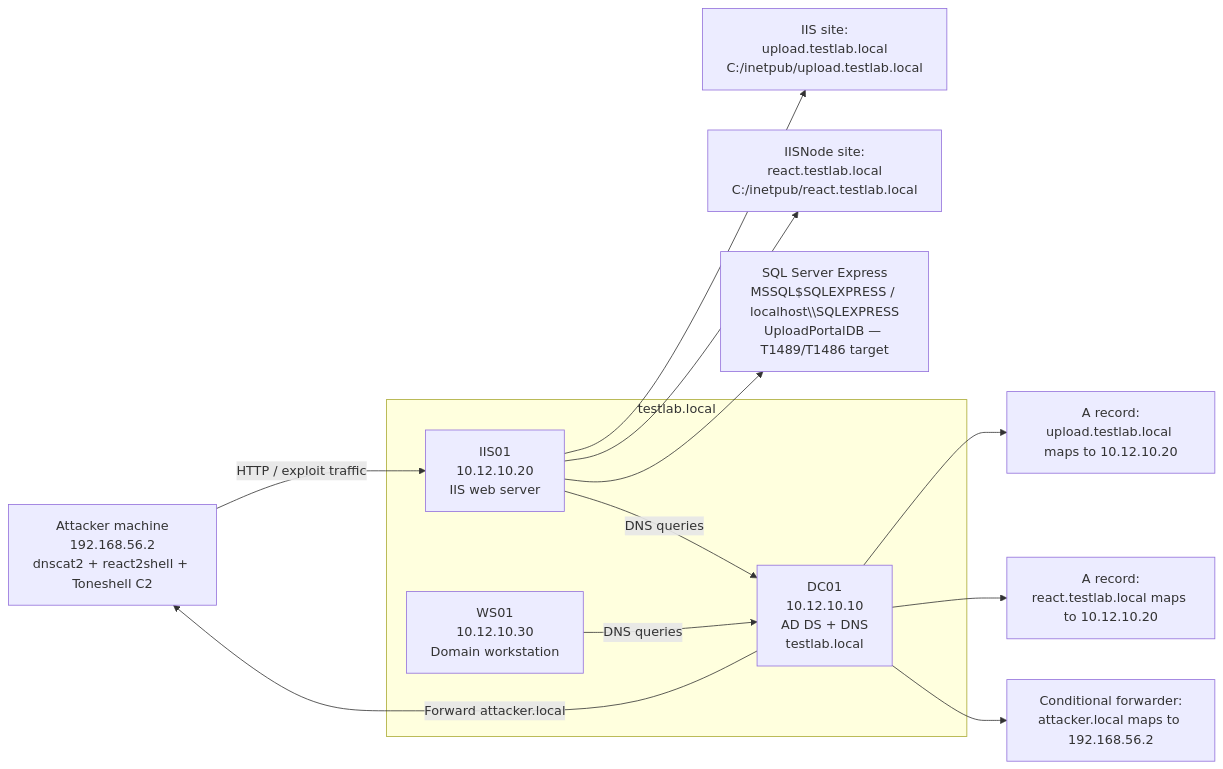
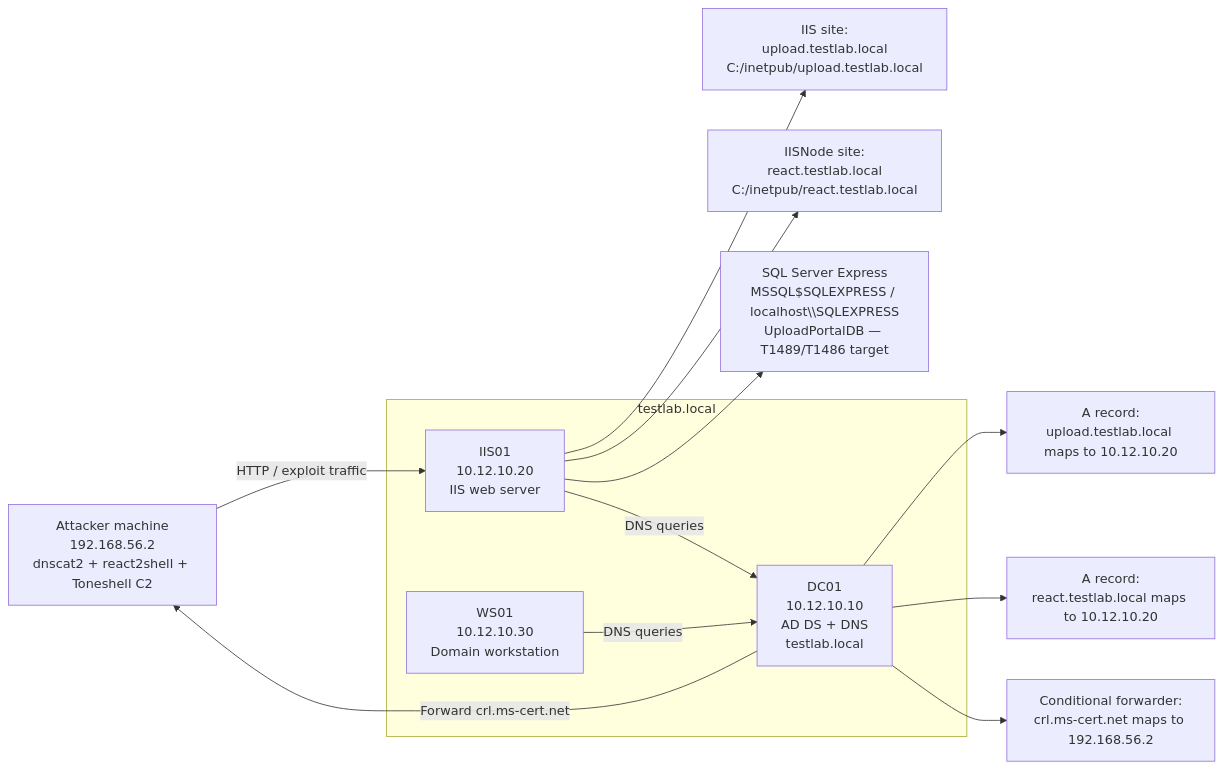
One commit to uetsymphonique/testlab-ael changed the first of 4 diagrams in testlab-enterprise/windows-adversary-plan/Emulation_Plan/summary.md. Above: the diagram before and after it, drawn with Mermaid. The commit also changed other lines of this file and 31 other files, not shown here.

````diff
--- a/testlab-enterprise/windows-adversary-plan/Emulation_Plan/summary.md
+++ b/testlab-enterprise/windows-adversary-plan/Emulation_Plan/summary.md
@@ -61,26 +61,26 @@
 ```mermaid
 flowchart LR
     ATTACKER["Attacker machine<br/>192.168.56.2<br/>dnscat2 + react2shell + Toneshell C2"]
     DC["DC01<br/>10.12.10.10<br/>AD DS + DNS<br/>testlab.local"]
     IIS["IIS01<br/>10.12.10.20<br/>IIS web server"]
     WS["WS01<br/>10.12.10.30<br/>Domain workstation"]
 
     subgraph DOMAIN["testlab.local"]
         DC
         IIS
         WS
     end
 
     DC --> DNS1["A record:<br/>upload.testlab.local maps to 10.12.10.20"]
     DC --> DNS2["A record:<br/>react.testlab.local maps to 10.12.10.20"]
-    DC --> DNS3["Conditional forwarder:<br/>attacker.local maps to 192.168.56.2"]
+    DC --> DNS3["Conditional forwarder:<br/>crl.ms-cert.net maps to 192.168.56.2"]
 
     IIS --> UPLOAD["IIS site:<br/>upload.testlab.local<br/>C:/inetpub/upload.testlab.local"]
     IIS --> REACT["IISNode site:<br/>react.testlab.local<br/>C:/inetpub/react.testlab.local"]
     IIS --> MSSQL["SQL Server Express<br/>MSSQL$SQLEXPRESS / localhost\\SQLEXPRESS<br/>UploadPortalDB — T1489/T1486 target"]
 
     WS -->|"DNS queries"| DC
     IIS -->|"DNS queries"| DC
-    DC -->|"Forward attacker.local"| ATTACKER
+    DC -->|"Forward crl.ms-cert.net"| ATTACKER
     ATTACKER -->|"HTTP / exploit traffic"| IIS
 ```
````
